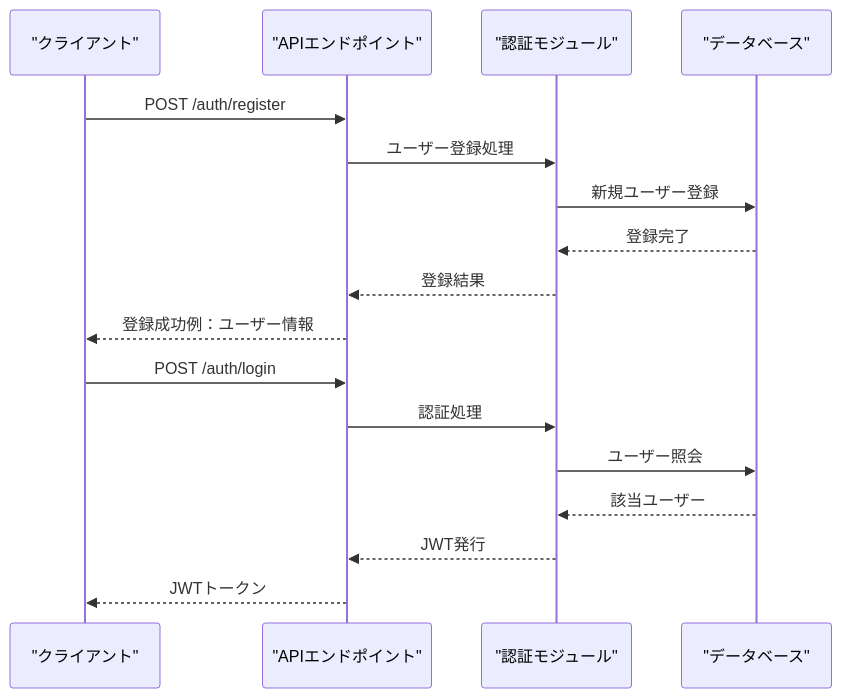
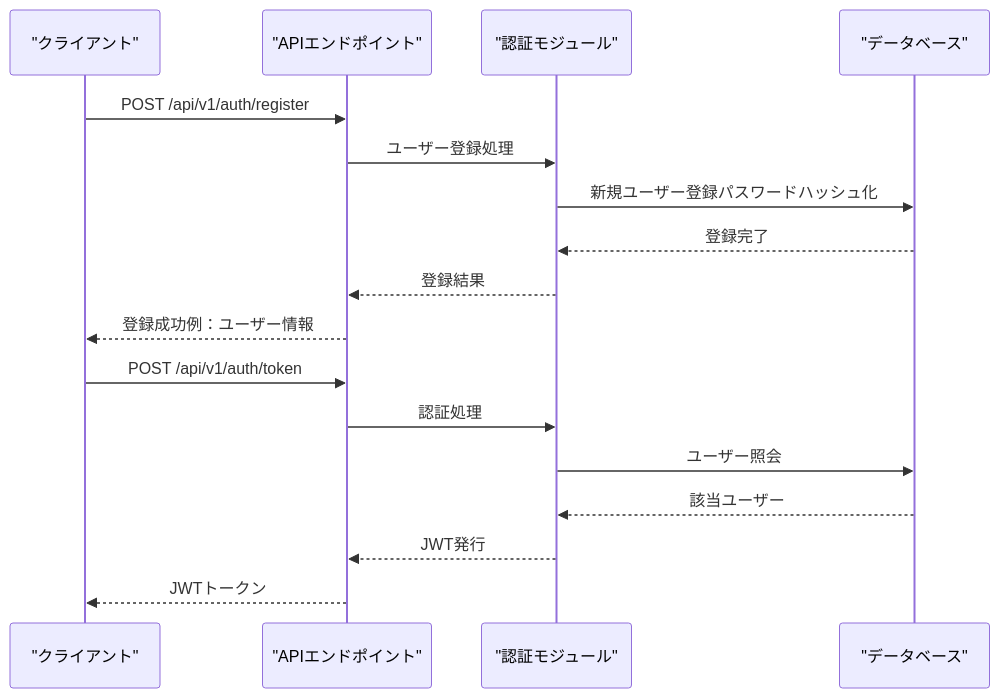
One commit to ss8806/Todos changed the third of 6 diagrams in .qoder/repowiki/ja/content/APIリファレンス/APIリファレンス.md. Above: the diagram before and after it, drawn with Mermaid. The commit also changed other lines of this file and 5 other files, not shown here.

````diff
--- a/.qoder/repowiki/ja/content/APIリファレンス/APIリファレンス.md
+++ b/.qoder/repowiki/ja/content/APIリファレンス/APIリファレンス.md
@@ -265,19 +294,19 @@
 ```mermaid
 sequenceDiagram
 participant Client as "クライアント"
 participant API as "APIエンドポイント"
 participant Auth as "認証モジュール"
 participant DB as "データベース"
-Client->>API : POST /auth/register
+Client->>API : POST /api/v1/auth/register
 API->>Auth : ユーザー登録処理
-Auth->>DB : 新規ユーザー登録
+Auth->>DB : 新規ユーザー登録パスワードハッシュ化
 DB-->>Auth : 登録完了
 Auth-->>API : 登録結果
 API-->>Client : 登録成功例：ユーザー情報
-Client->>API : POST /auth/login
+Client->>API : POST /api/v1/auth/token
 API->>Auth : 認証処理
 Auth->>DB : ユーザー照会
 DB-->>Auth : 該当ユーザー
 Auth-->>API : JWT発行
 API-->>Client : JWTトークン
 ```
````
